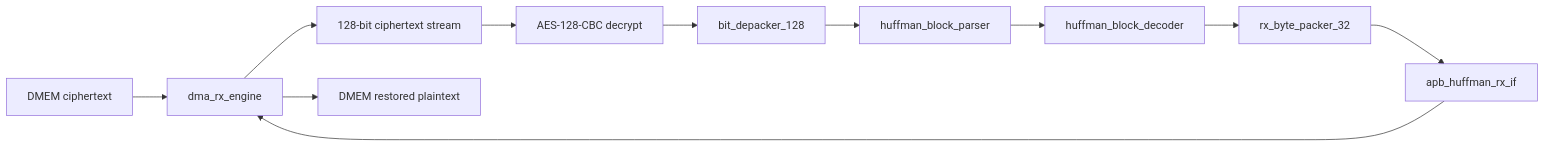
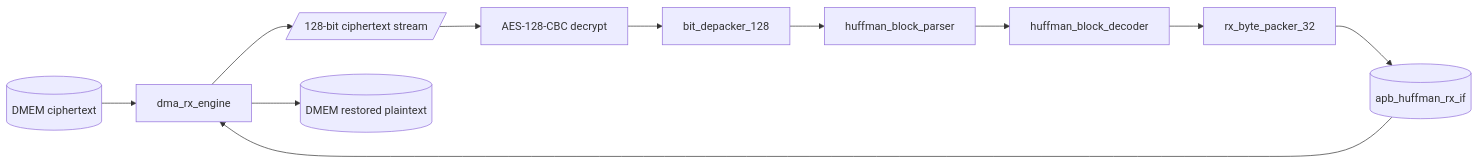
Before and after one commit to ngoquocan139/AES_huffman_all6: the fifth of 5 diagrams in docs/00_current_system_spec.md, drawn with Mermaid. The commit also changed other lines of this file and 28 other files, not shown here.

````diff
--- a/docs/00_current_system_spec.md
+++ b/docs/00_current_system_spec.md
@@ -381,13 +381,13 @@
 ```mermaid
 flowchart LR
-  CT["DMEM ciphertext"] --> RXDMA["dma_rx_engine"]
-  RXDMA --> STRM["128-bit ciphertext stream"]
+  CT[("DMEM ciphertext")] --> RXDMA["dma_rx_engine"]
+  RXDMA --> STRM[/"128-bit ciphertext stream"/]
   STRM --> AESI["AES-128-CBC decrypt"]
   AESI --> DEP["bit_depacker_128"]
   DEP --> PARSER["huffman_block_parser"]
   PARSER --> DEC["huffman_block_decoder"]
   DEC --> PACK32["rx_byte_packer_32"]
-  PACK32 --> IF["apb_huffman_rx_if"]
+  PACK32 --> IF[("apb_huffman_rx_if")]
   IF --> RXDMA
-  RXDMA --> OUT["DMEM restored plaintext"]
+  RXDMA --> OUT[("DMEM restored plaintext")]
 ```
````
